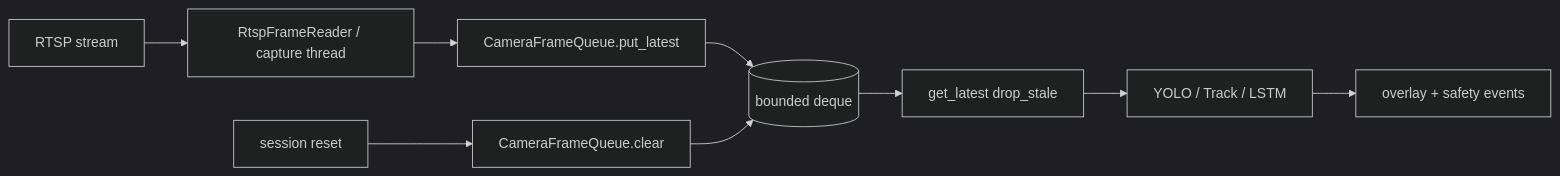
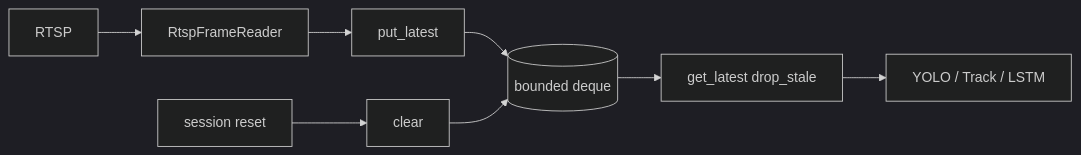
Before and after one commit to Anjingyeong/llm_wiki_strange: the diagram in content/ED-Latest-Frame-Queue-Policy.md, drawn with Mermaid (dark theme). The commit also changed other lines of this file and 144 other files, not shown here.

````diff
--- a/content/ED-Latest-Frame-Queue-Policy.md
+++ b/content/ED-Latest-Frame-Queue-Policy.md
@@ -107,11 +76,10 @@
 ```mermaid
 flowchart LR
-  RTSP[RTSP stream] --> Reader[RtspFrameReader / capture thread]
-  Reader --> Put[CameraFrameQueue.put_latest]
+  RTSP --> Reader[RtspFrameReader]
+  Reader --> Put[put_latest]
   Put --> Q[(bounded deque)]
   Q --> Get[get_latest drop_stale]
   Get --> Infer[YOLO / Track / LSTM]
-  Infer --> MQTT[overlay + safety events]
-  Reset[session reset] --> Clear[CameraFrameQueue.clear]
+  Reset[session reset] --> Clear[clear]
   Clear --> Q
 ```
````
